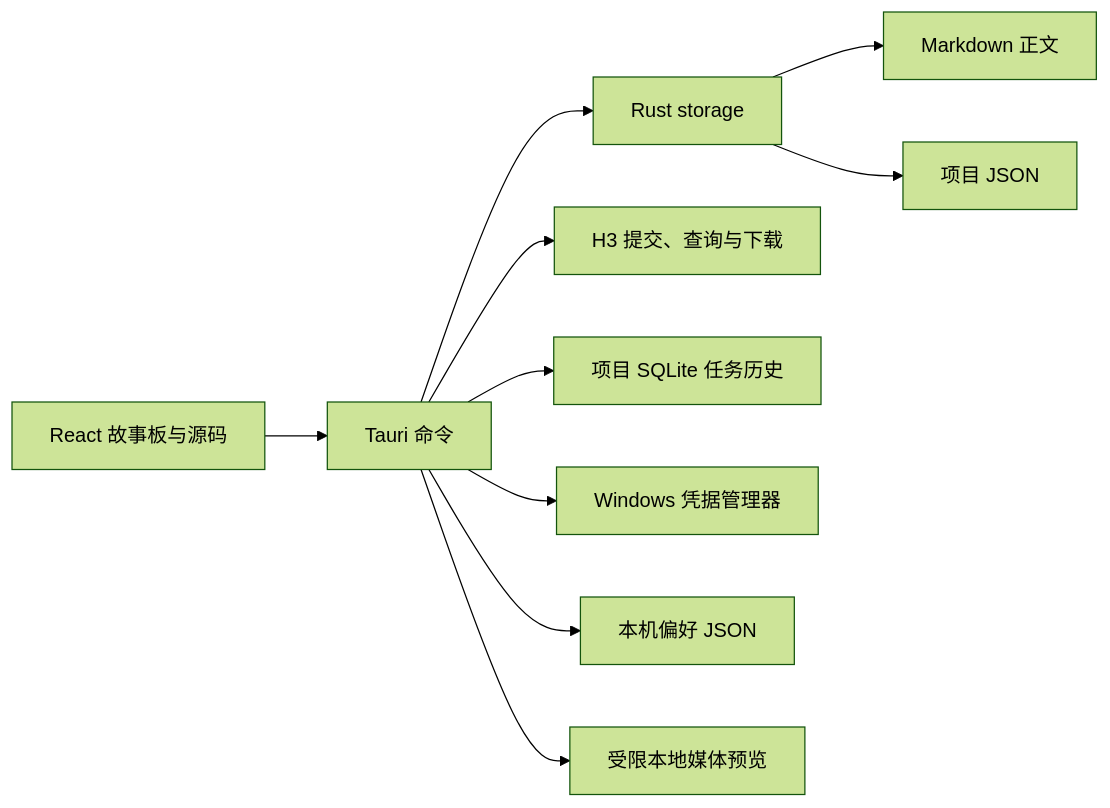
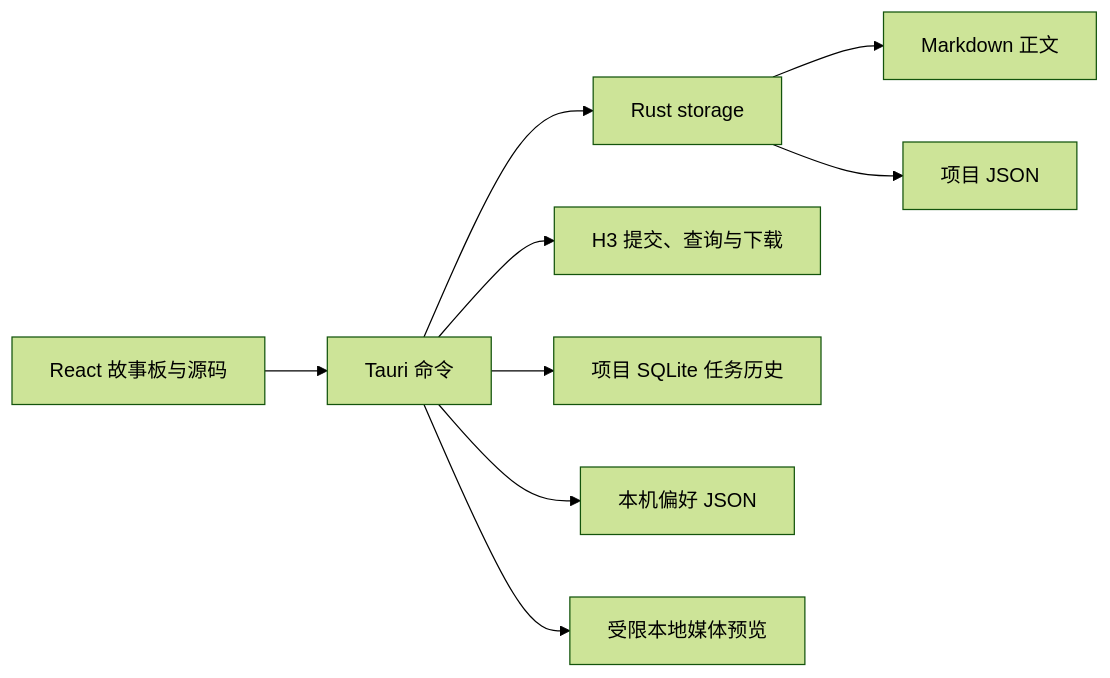
One commit to freesaber/drama-craft changed the diagram in doc/02-系统架构.md. Above: the diagram before and after it, drawn with Mermaid (forest theme). The commit also changed other lines of this file and 14 other files, not shown here.

````diff
--- a/doc/02-系统架构.md
+++ b/doc/02-系统架构.md
@@ -7,12 +7,11 @@
 ```mermaid
 flowchart LR
   UI[React 故事板与源码] --> IPC[Tauri 命令]
   IPC --> FS[Rust storage]
   FS --> MD[Markdown 正文]
   FS --> META[项目 JSON]
   IPC --> H3[H3 提交、查询与下载]
   IPC --> DB[项目 SQLite 任务历史]
-  IPC --> CRED[Windows 凭据管理器]
   IPC --> PREF[本机偏好 JSON]
   IPC --> MEDIA[受限本地媒体预览]
 ```
````
